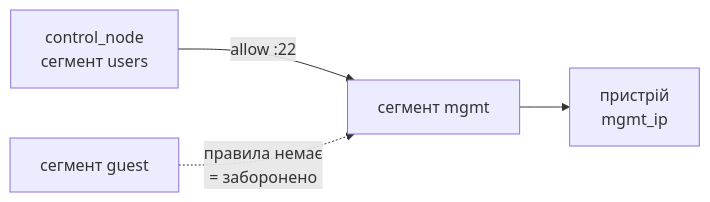
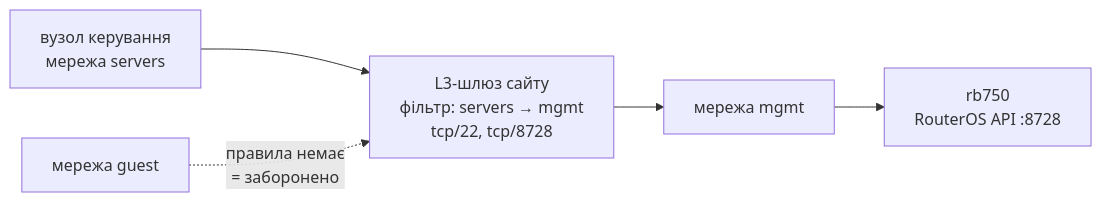
Before and after one commit to Illiathebest/orgc: the second of 2 diagrams in docs/ARCHITECTURE.md, drawn with Mermaid. The commit also changed other lines of this file, not shown here.

````diff
--- a/docs/ARCHITECTURE.md
+++ b/docs/ARCHITECTURE.md
@@ -118,6 +194,7 @@
 ```mermaid
 flowchart LR
-    CTRL["control_node<br/>сегмент users"] -->|"allow :22"| MGMT["сегмент mgmt"]
-    MGMT --> RB["пристрій<br/>mgmt_ip"]
-    GUEST["сегмент guest"] -.->|"правила немає<br/>= заборонено"| MGMT
+    CN["вузол керування<br/>мережа servers"] --> GW["L3-шлюз сайту<br/>фільтр: servers → mgmt<br/>tcp/22, tcp/8728"]
+    GW --> MG["мережа mgmt"]
+    MG --> RB["rb750<br/>RouterOS API :8728"]
+    GU["мережа guest"] -.->|"правила немає<br/>= заборонено"| GW
 ```
````
